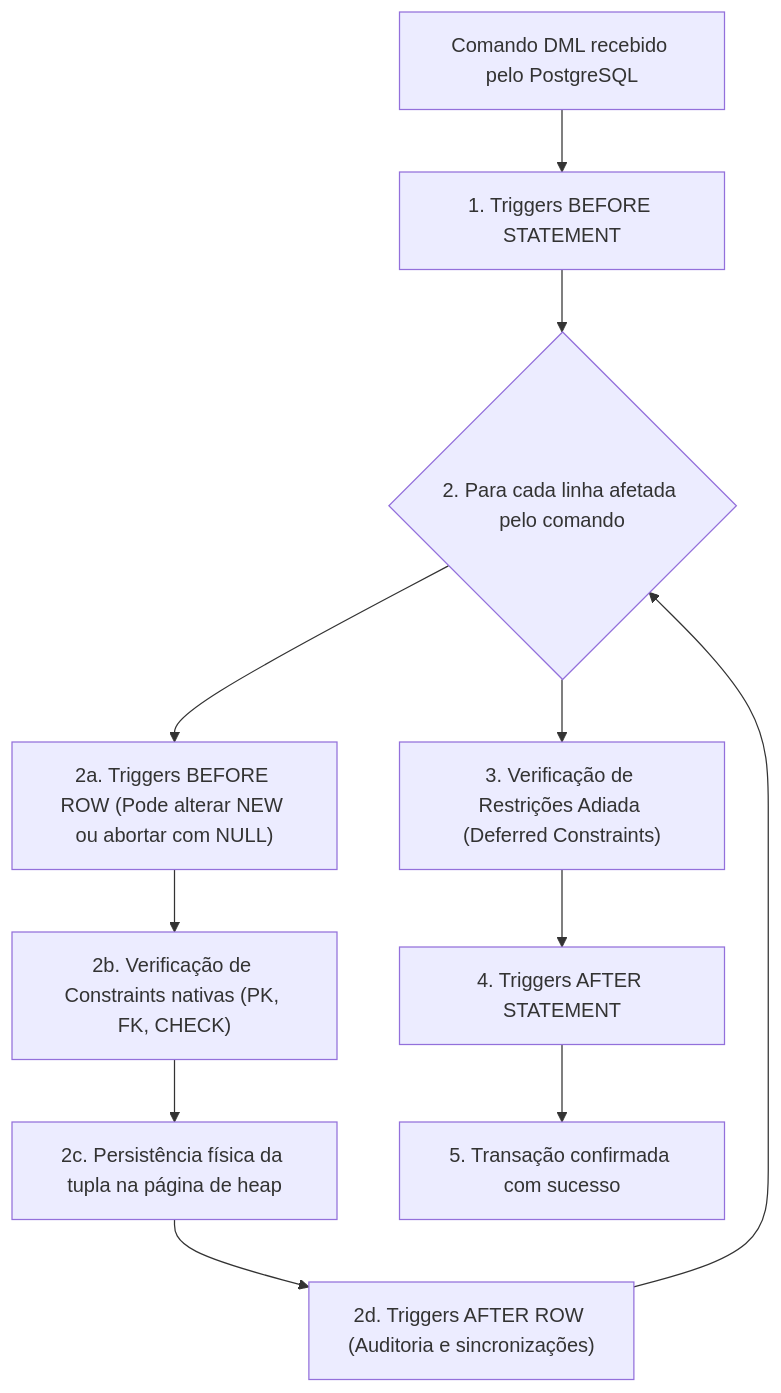
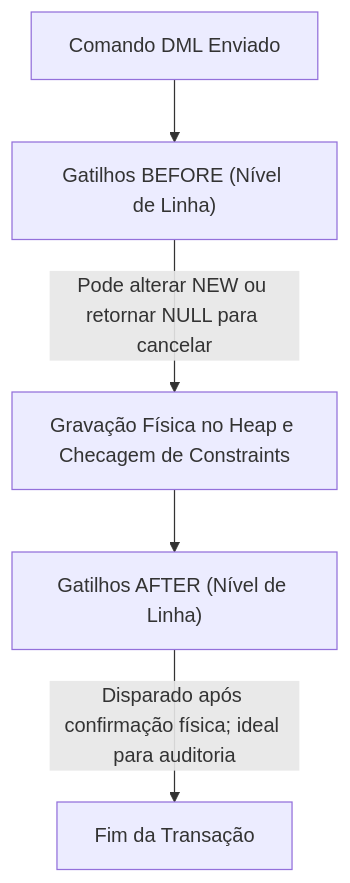
Before and after one commit to murilolol/unifef: diagram 12 of 15 in 4º Semestre/[Prof. Welington Garcia] Tópicos Avançados em Banco de Dados/Resumos-IA/Simulados-Comentados.md, drawn with Mermaid. The commit also changed other lines of this file and 18 other files, not shown here.

````diff
--- a/4º Semestre/[Prof. Welington Garcia] Tópicos Avançados em Banco de Dados/Resumos-IA/Simulados-Comentados.md
+++ b/4º Semestre/[Prof. Welington Garcia] Tópicos Avançados em Banco de Dados/Resumos-IA/Simulados-Comentados.md
@@ -1256,13 +953,7 @@
 ```mermaid
 flowchart TD
-    DML["Comando DML recebido pelo PostgreSQL"] --> BS["1. Triggers BEFORE STATEMENT"]
-    BS --> Loop{"2. Para cada linha afetada pelo comando"}
-    Loop --> BR["2a. Triggers BEFORE ROW (Pode alterar NEW ou abortar com NULL)"]
-    BR --> Checks["2b. Verificação de Constraints nativas (PK, FK, CHECK)"]
-    Checks --> Physical["2c. Persistência física da tupla na página de heap"]
-    Physical --> AR["2d. Triggers AFTER ROW (Auditoria e sincronizações)"]
-    AR --> Loop
-    Loop --> DefConstraints["3. Verificação de Restrições Adiada (Deferred Constraints)"]
-    DefConstraints --> AS["4. Triggers AFTER STATEMENT"]
-    AS --> Fim["5. Transação confirmada com sucesso"]
+  Cmd["Comando DML Enviado"] --> B_Row["Gatilhos BEFORE (Nível de Linha)"]
+  B_Row -->|"Pode alterar NEW ou retornar NULL para cancelar"| Storage["Gravação Física no Heap e Checagem de Constraints"]
+  Storage --> A_Row["Gatilhos AFTER (Nível de Linha)"]
+  A_Row -->|"Disparado após confirmação física; ideal para auditoria"| EndCmd["Fim da Transação"]
 ```
````
